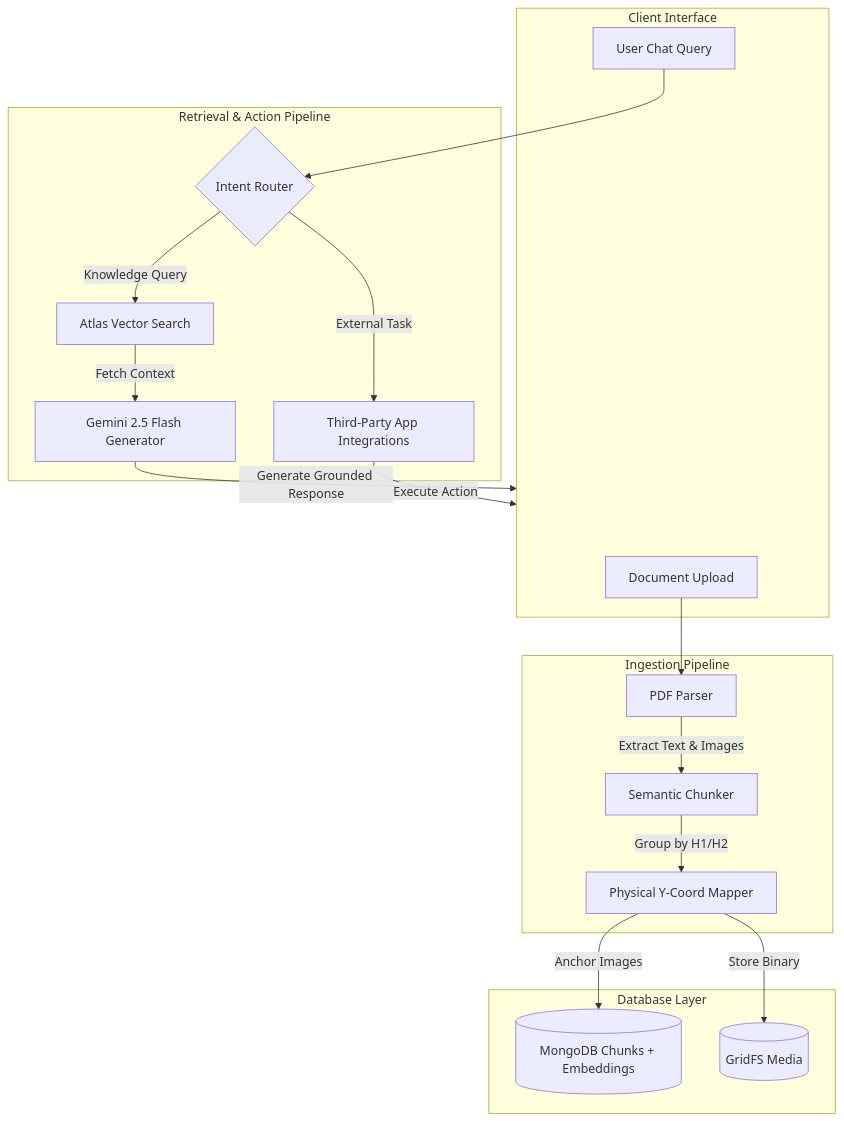
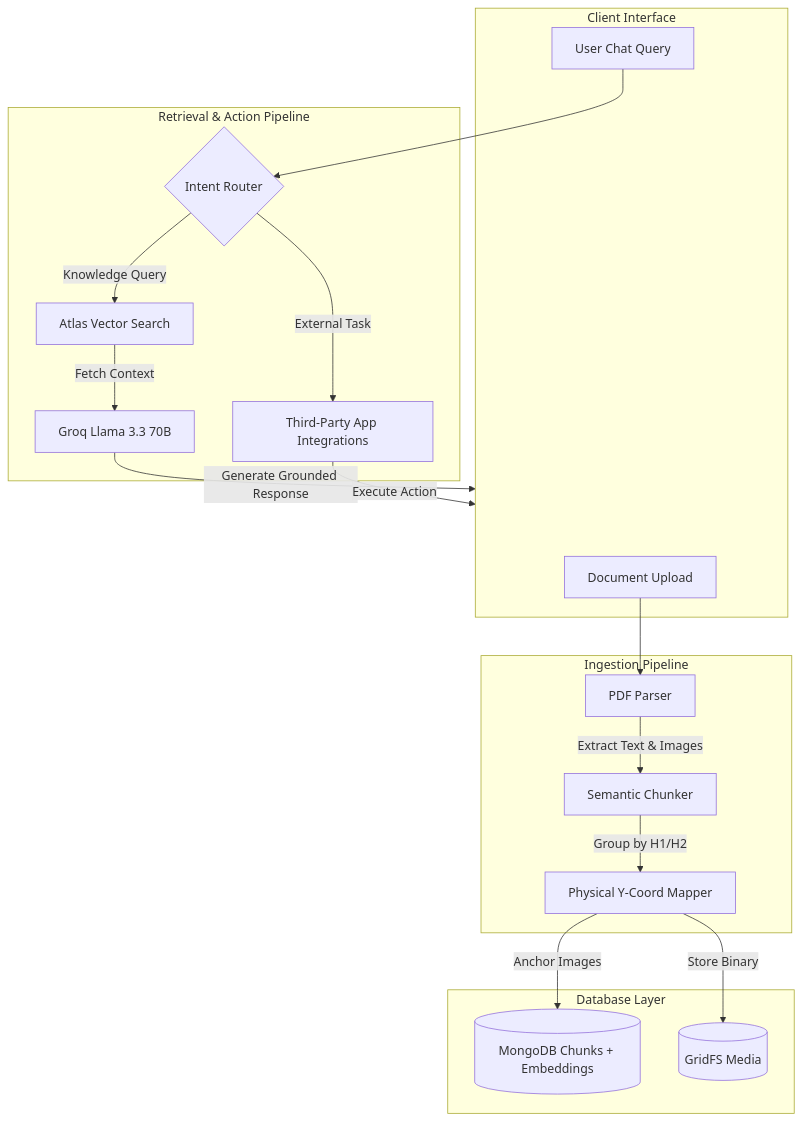
Before and after one commit to shlokdhanokar/MultiTenant-RAG-Engine: the diagram in README.md, drawn with Mermaid. The commit also changed other lines of this file, not shown here.

First line of the commit message:
Update README for the Groq/Gemini split

````diff
--- a/README.md
+++ b/README.md
@@ -62,38 +65,38 @@
 ```mermaid
 graph TD
     subgraph Client [Client Interface]
         A[Document Upload]
         B[User Chat Query]
     end
 
     subgraph Ingestion Pipeline
         C[PDF Parser]
         D[Semantic Chunker]
         E[Physical Y-Coord Mapper]
     end
 
     subgraph Database Layer
         F[(MongoDB Chunks + Embeddings)]
         G[(GridFS Media)]
     end
 
     subgraph Retrieval & Action Pipeline
         H{Intent Router}
         I[Atlas Vector Search]
-        K[Gemini 2.5 Flash Generator]
+        K[Groq Llama 3.3 70B]
         L[Third-Party App Integrations]
     end
 
     A --> C
     C -- "Extract Text & Images" --> D
     D -- "Group by H1/H2" --> E
     E -- "Anchor Images" --> F
     E -- "Store Binary" --> G
 
     B --> H
     H -- "Knowledge Query" --> I
     H -- "External Task" --> L
     I -- "Fetch Context" --> K
     K -- "Generate Grounded Response" --> Client
     L -- "Execute Action" --> Client
 ```
````
